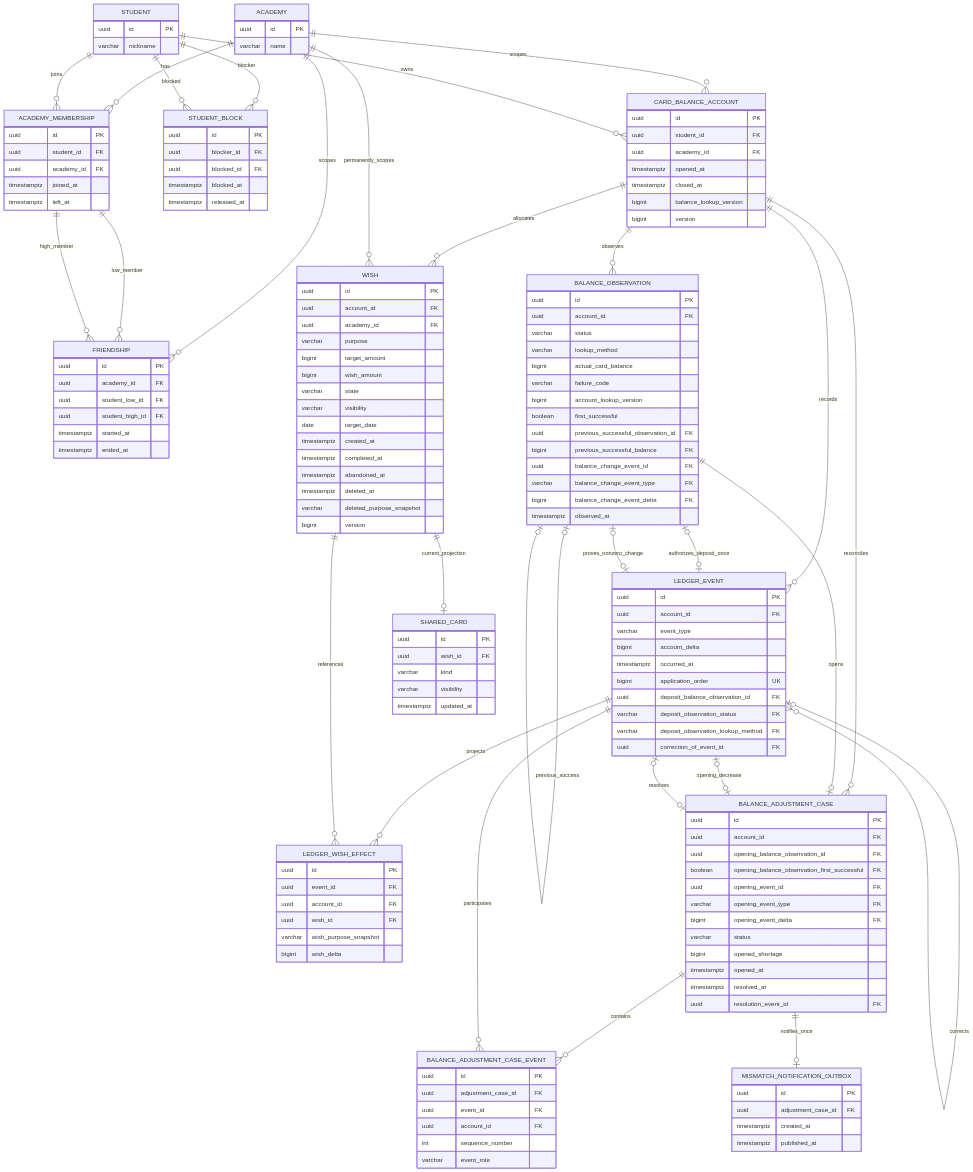
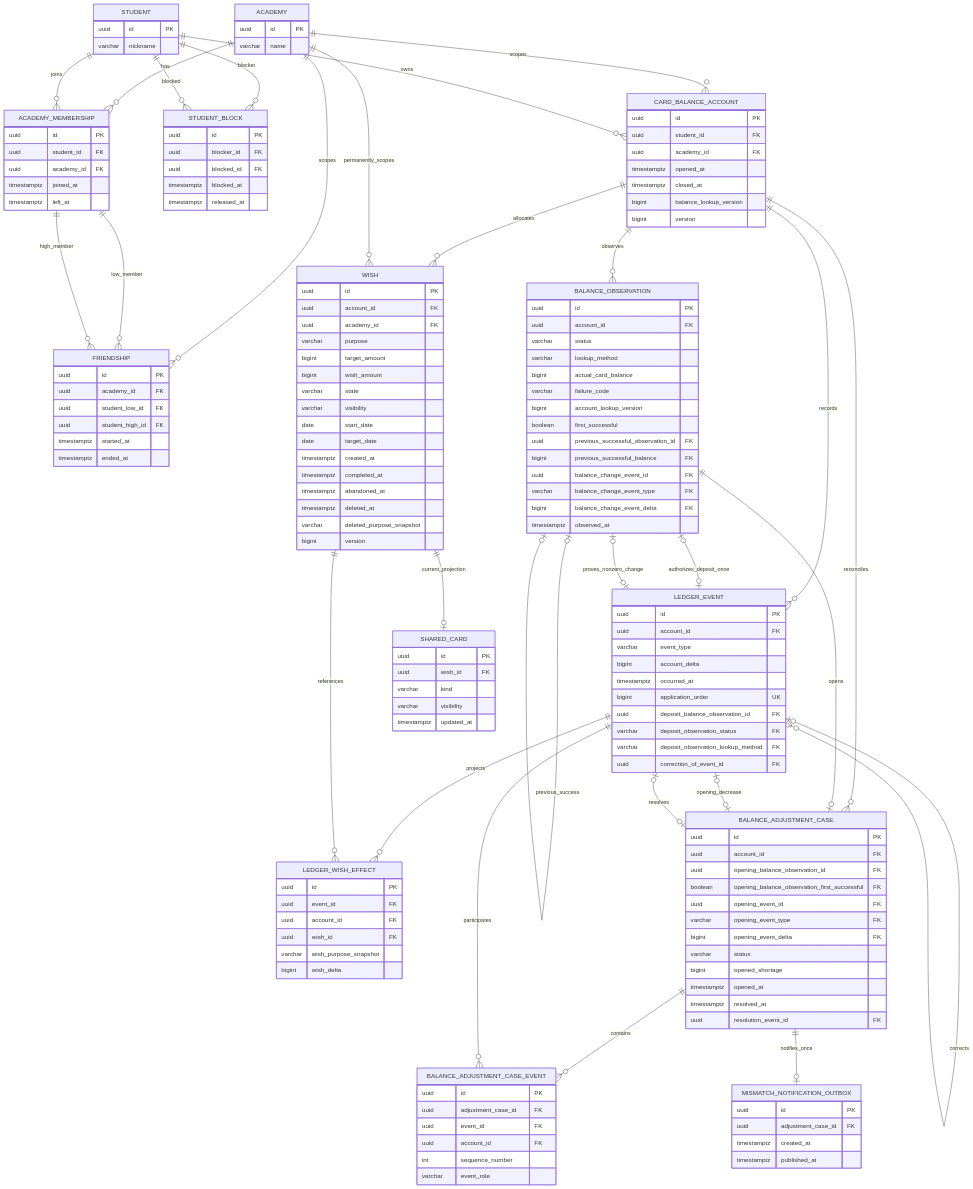
One commit to crabitteam2/crabit-backend changed the diagram in docs/wish/data-model-db-integrity.md. Above: the diagram before and after it, drawn with Mermaid. The commit also changed other lines of this file and 30 other files, not shown here.

Commit message:
Implement wish-start-date

```diff
--- a/docs/wish/data-model-db-integrity.md
+++ b/docs/wish/data-model-db-integrity.md
@@ -86,6 +86,7 @@
         bigint wish_amount
         varchar state
         varchar visibility
+        date start_date
         date target_date
         timestamptz created_at
         timestamptz completed_at
```
